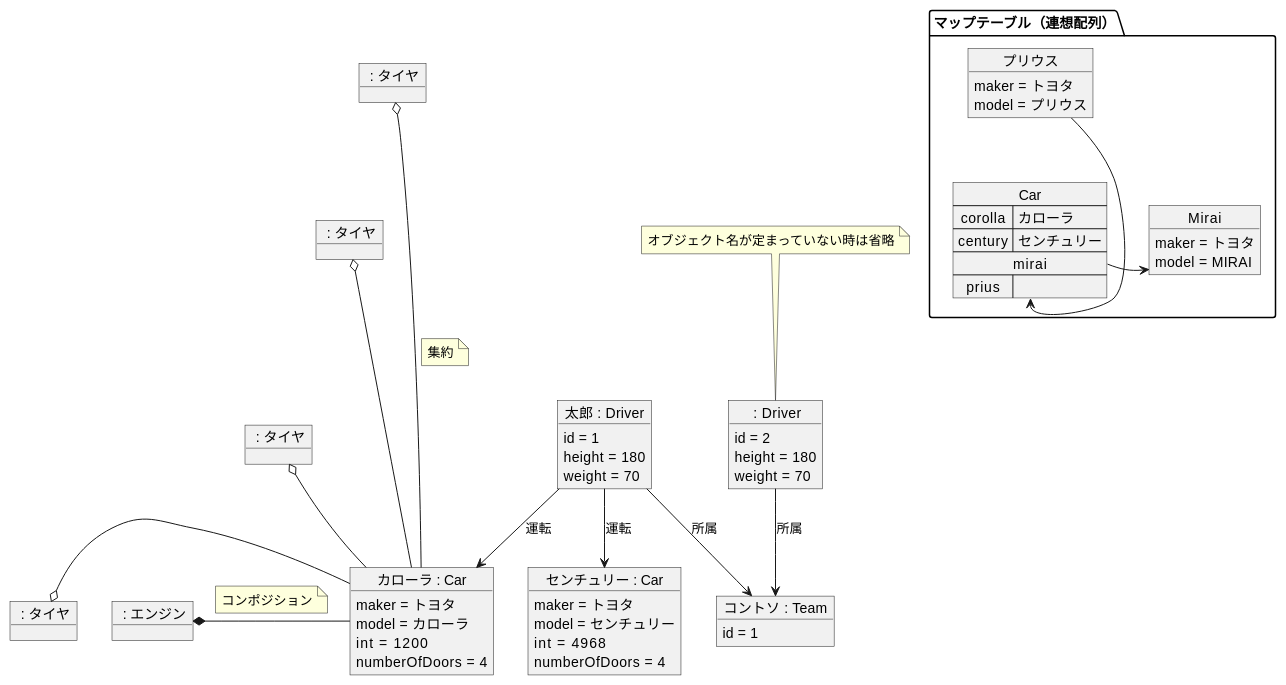
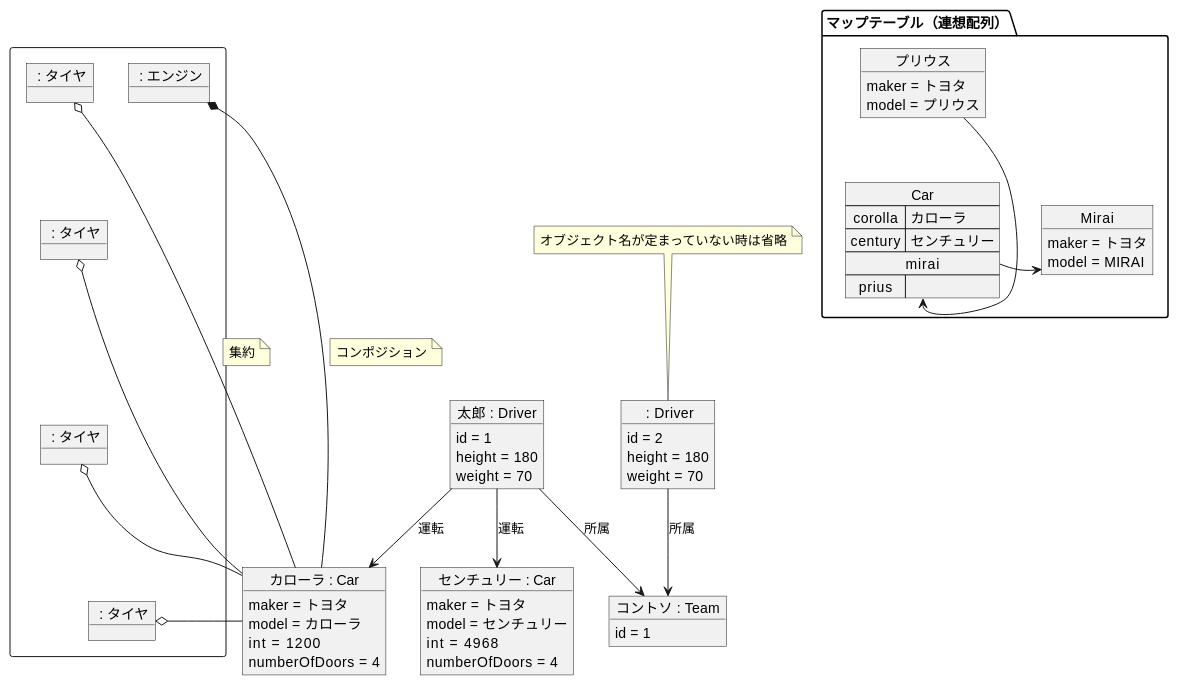
One commit to yzkn/PlantUML-CheatSheet changed the diagram in src/05-002-0000-オブジェクト図.md. Above: the diagram before and after it, drawn with PlantUML.

```diff
--- a/src/05-002-0000-オブジェクト図.md
+++ b/src/05-002-0000-オブジェクト図.md
@@ -35,13 +35,14 @@
     id = 1
 }
 
-object " : エンジン" as engine
+rectangle {
+    object " : エンジン" as engine
 
-object " : タイヤ" as tire1
-object " : タイヤ" as tire2
-object " : タイヤ" as tire3
-object " : タイヤ" as tire4
-
+    object " : タイヤ" as tire1
+    object " : タイヤ" as tire2
+    object " : タイヤ" as tire3
+    object " : タイヤ" as tire4
+}
 
 taro --> corolla : 運転
 taro --> century : 運転
```
